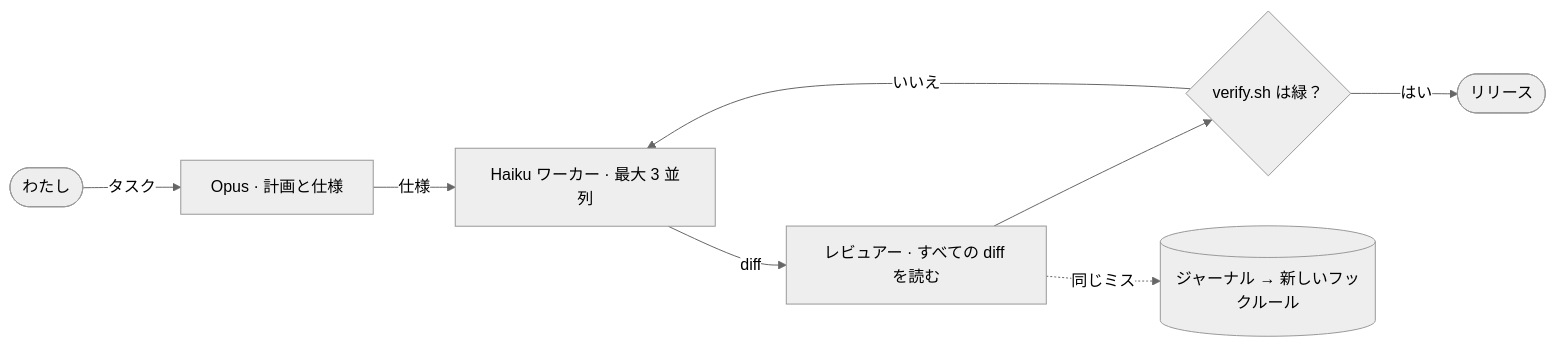
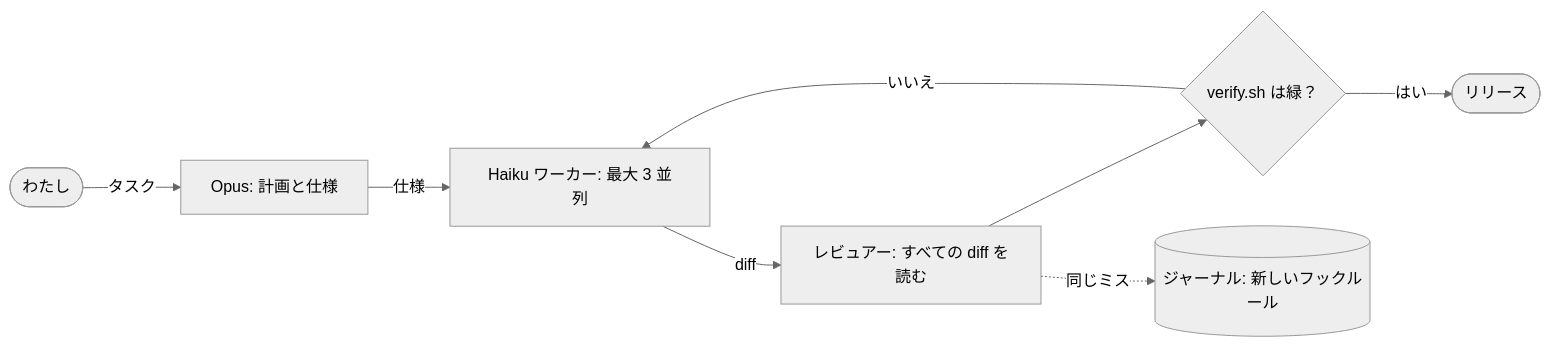
One commit to sysrootix/sysrootix changed the diagram in i18n/README.ja.md. Above: the diagram before and after it, drawn with Mermaid (neutral theme). The commit also changed 4 other files, not shown here.

Commit message:
Fix flowchart for GitHub's mermaid

````diff
--- a/i18n/README.ja.md
+++ b/i18n/README.ja.md
@@ -31,10 +31,10 @@
 ```mermaid
 flowchart LR
-  me(["わたし"]) -->|タスク| opus["Opus · 計画と仕様"]
-  opus -->|仕様| haiku["Haiku ワーカー · 最大 3 並列"]
-  haiku -->|diff| rev["レビュアー · すべての diff を読む"]
-  rev --> ok{"verify.sh は緑？"}
-  ok -->|はい| ship(["リリース"])
-  ok -->|いいえ| haiku
-  rev -.->|同じミス| log[("ジャーナル → 新しいフックルール")]
+  ME([わたし]) -- タスク --> OP[Opus: 計画と仕様]
+  OP -- 仕様 --> HW[Haiku ワーカー: 最大 3 並列]
+  HW -- diff --> RV[レビュアー: すべての diff を読む]
+  RV --> OK{verify.sh は緑？}
+  OK -- はい --> SH([リリース])
+  OK -- いいえ --> HW
+  RV -. 同じミス .-> JR[(ジャーナル: 新しいフックルール)]
 ```
````
